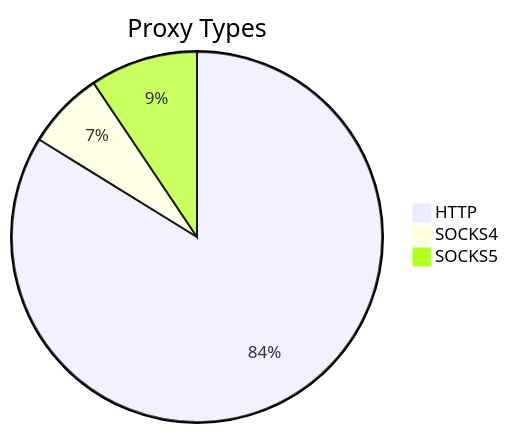
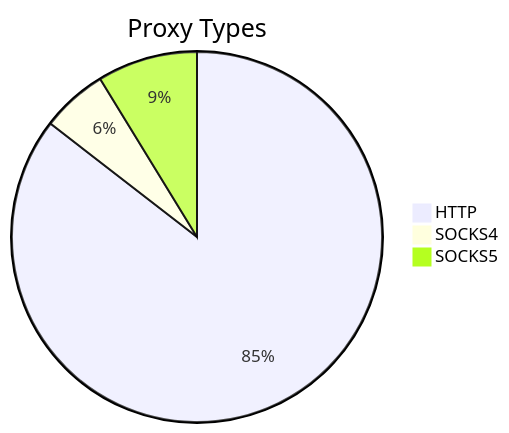
The first of 2 diagrams in README.md (stormsia/proxy-list), drawn with Mermaid before and after one commit. The commit also changed other lines of this file, not shown here.

````diff
--- a/README.md
+++ b/README.md
@@ -21,6 +21,6 @@
 ```mermaid
 pie title Proxy Types
-    "HTTP" : 383
-    "SOCKS4" : 31
-    "SOCKS5" : 43
+    "HTTP" : 430
+    "SOCKS4" : 29
+    "SOCKS5" : 44
 ```
````
